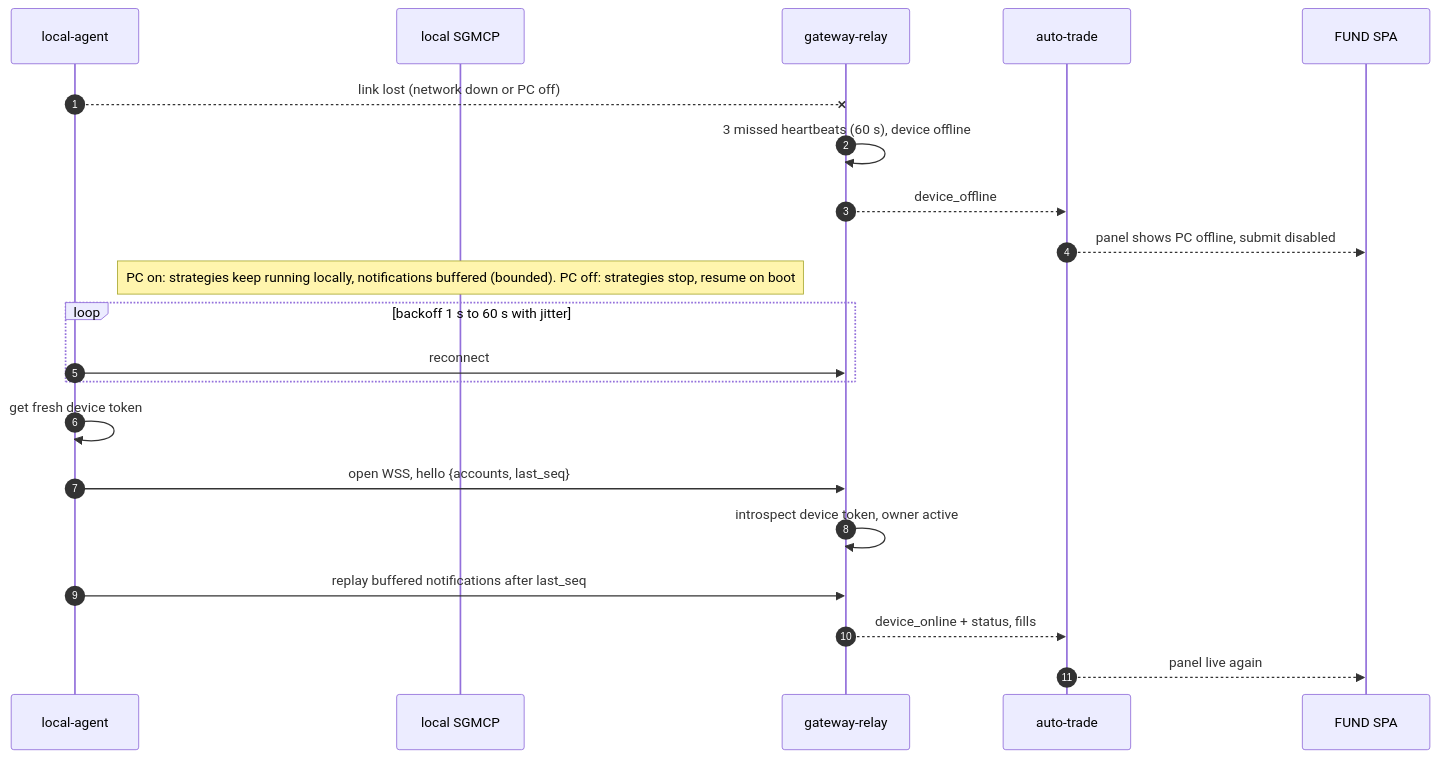
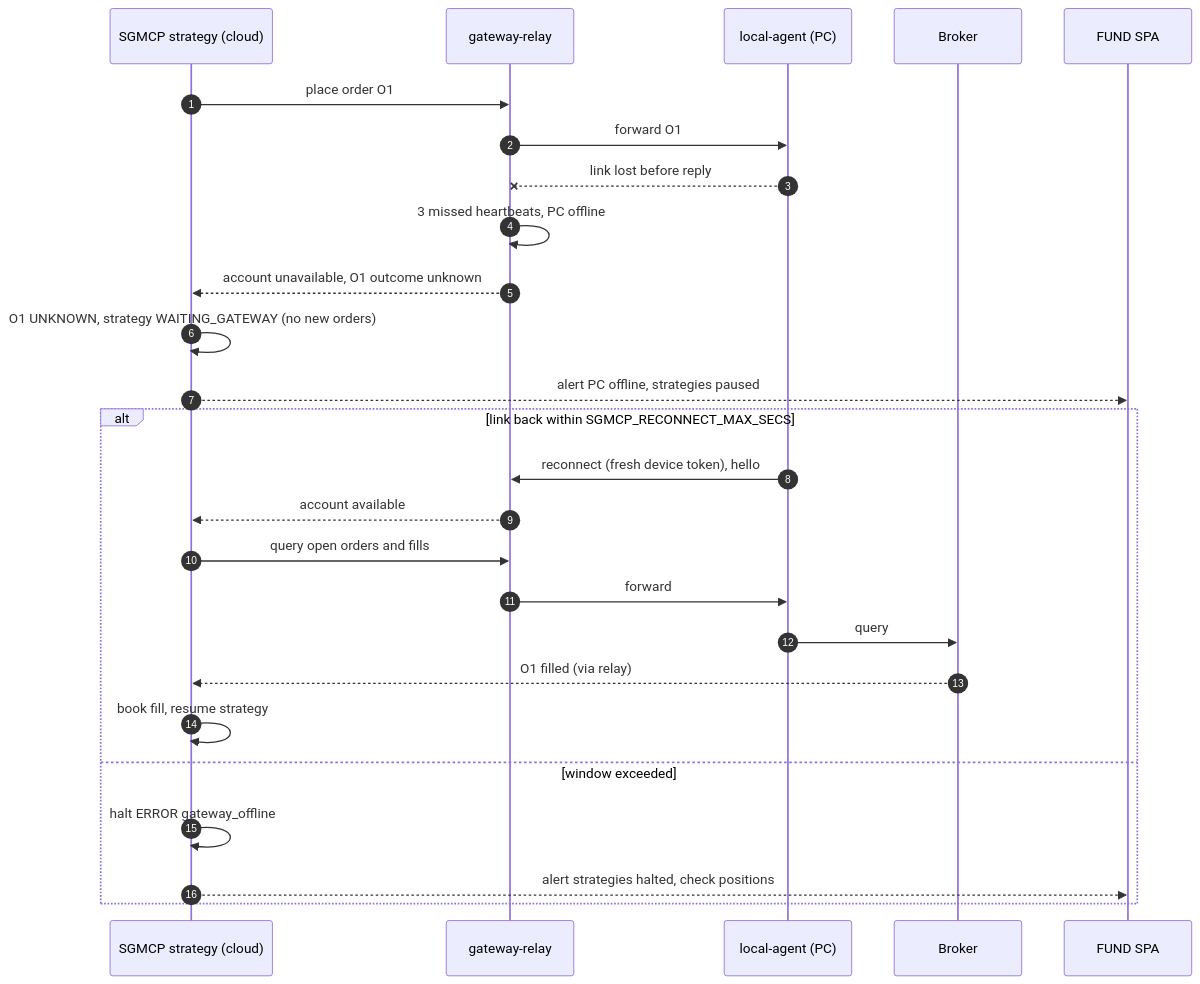
One commit to Neural-Matrix-LLC/SSO-server changed the ninth of 16 diagrams in docs/ECOSYSTEM-INTEGRATION.md. Above: the diagram before and after it, drawn with Mermaid. The commit also changed other lines of this file and 3 other files, not shown here.

````diff
--- a/docs/ECOSYSTEM-INTEGRATION.md
+++ b/docs/ECOSYSTEM-INTEGRATION.md
@@ -468,23 +499,28 @@
 ```mermaid
 sequenceDiagram
   autonumber
-  participant LA as local-agent
-  participant LSG as local SGMCP
+  participant SG as SGMCP strategy (cloud)
   participant RL as gateway-relay
-  participant AT as auto-trade
+  participant LA as local-agent (PC)
+  participant BR as Broker
   participant SPA as FUND SPA
-  LA--xRL: link lost (network down or PC off)
-  RL->>RL: 3 missed heartbeats (60 s), device offline
-  RL-->>AT: device_offline
-  AT-->>SPA: panel shows PC offline, submit disabled
-  Note over LSG: PC on: strategies keep running locally, notifications buffered (bounded). PC off: strategies stop, resume on boot
-  loop backoff 1 s to 60 s with jitter
-    LA->>RL: reconnect
+  SG->>RL: place order O1
+  RL->>LA: forward O1
+  LA--xRL: link lost before reply
+  RL->>RL: 3 missed heartbeats, PC offline
+  RL-->>SG: account unavailable, O1 outcome unknown
+  SG->>SG: O1 UNKNOWN, strategy WAITING_GATEWAY (no new orders)
+  SG-->>SPA: alert PC offline, strategies paused
+  alt link back within SGMCP_RECONNECT_MAX_SECS
+    LA->>RL: reconnect (fresh device token), hello
+    RL-->>SG: account available
+    SG->>RL: query open orders and fills
+    RL->>LA: forward
+    LA->>BR: query
+    BR-->>SG: O1 filled (via relay)
+    SG->>SG: book fill, resume strategy
+  else window exceeded
+    SG->>SG: halt ERROR gateway_offline
+    SG-->>SPA: alert strategies halted, check positions
   end
-  LA->>LA: get fresh device token
-  LA->>RL: open WSS, hello {accounts, last_seq}
-  RL->>RL: introspect device token, owner active
-  LA->>RL: replay buffered notifications after last_seq
-  RL-->>AT: device_online + status, fills
-  AT-->>SPA: panel live again
 ```
````
